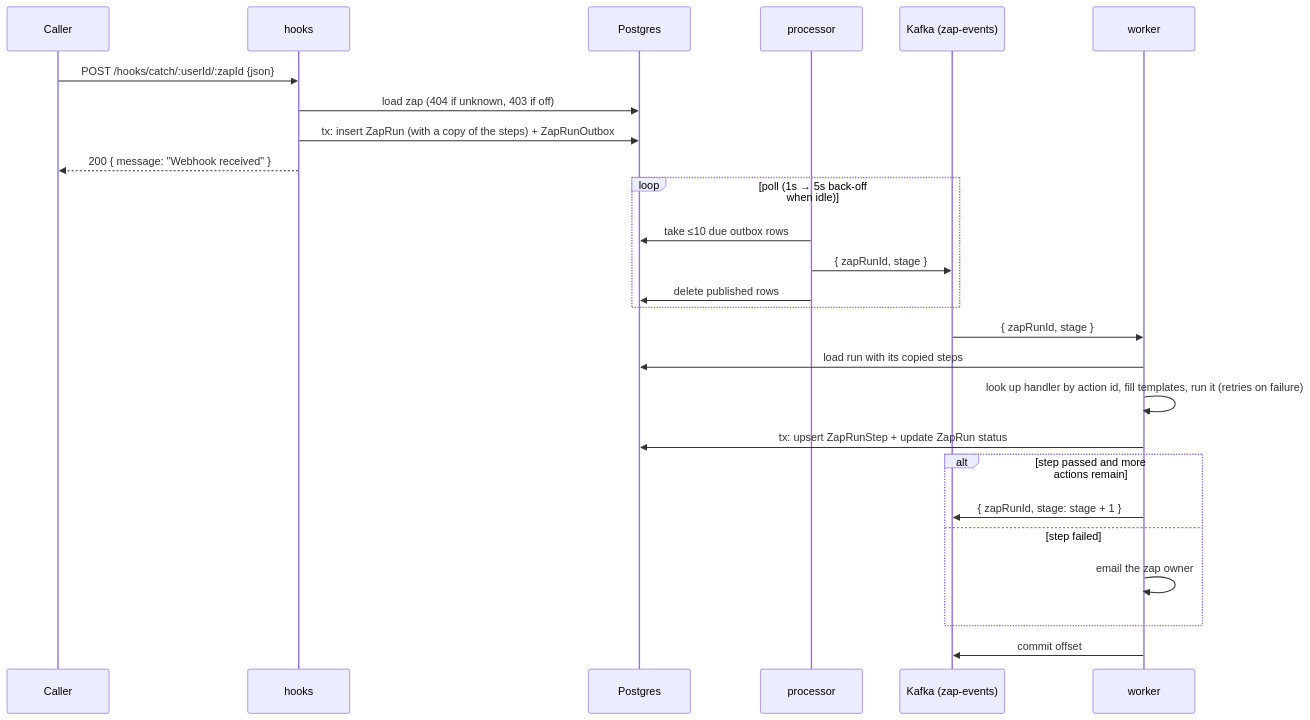
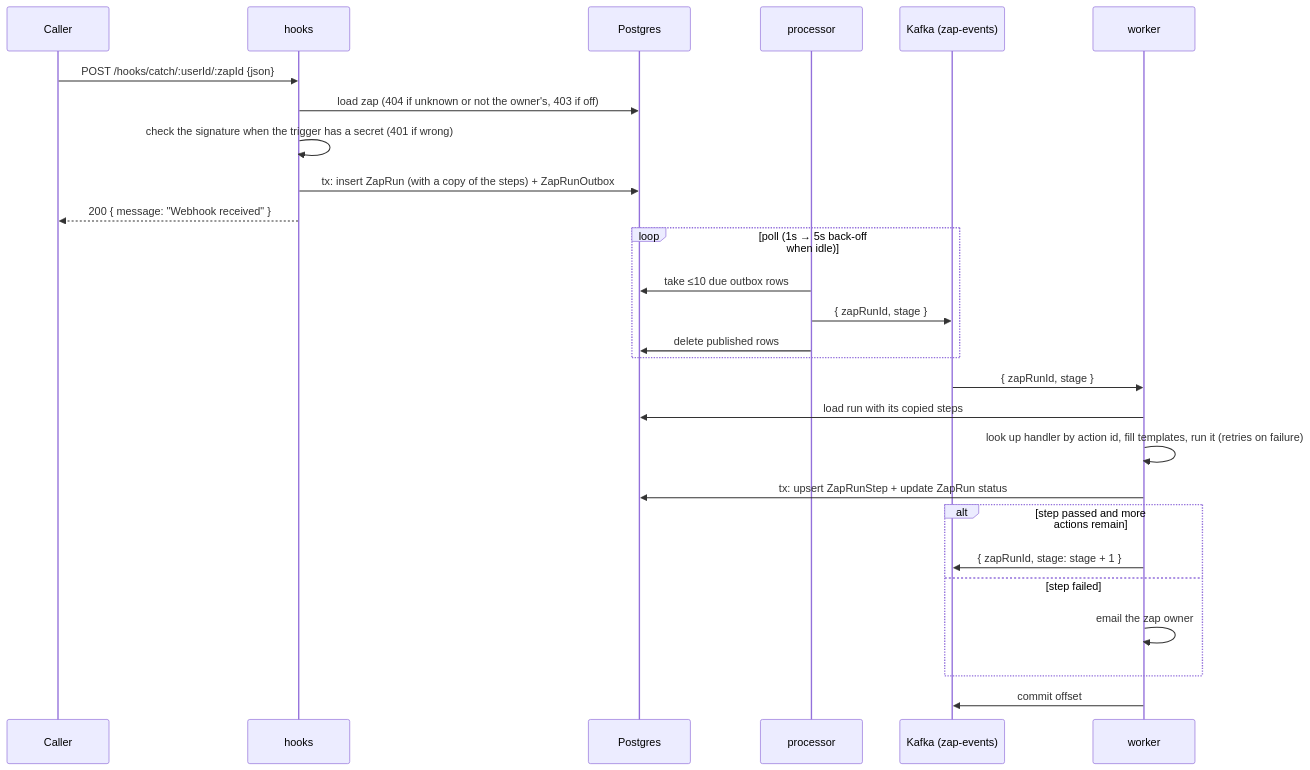
Before and after one commit to bixl007/Integrix: the third of 3 diagrams in ARCHITECTURE.md, drawn with Mermaid. The commit also changed other lines of this file and 36 other files, not shown here.

````diff
--- a/ARCHITECTURE.md
+++ b/ARCHITECTURE.md
@@ -68,28 +68,29 @@
 ```mermaid
 sequenceDiagram
   participant C as Caller
   participant H as hooks
   participant DB as Postgres
   participant P as processor
   participant K as Kafka (zap-events)
   participant W as worker
   C->>H: POST /hooks/catch/:userId/:zapId {json}
-  H->>DB: load zap (404 if unknown, 403 if off)
+  H->>DB: load zap (404 if unknown or not the owner's, 403 if off)
+  H->>H: check the signature when the trigger has a secret (401 if wrong)
   H->>DB: tx: insert ZapRun (with a copy of the steps) + ZapRunOutbox
   H-->>C: 200 { message: "Webhook received" }
   loop poll (1s → 5s back-off when idle)
     P->>DB: take ≤10 due outbox rows
     P->>K: { zapRunId, stage }
     P->>DB: delete published rows
   end
   K->>W: { zapRunId, stage }
   W->>DB: load run with its copied steps
   W->>W: look up handler by action id, fill templates, run it (retries on failure)
   W->>DB: tx: upsert ZapRunStep + update ZapRun status
   alt step passed and more actions remain
     W->>K: { zapRunId, stage: stage + 1 }
   else step failed
     W->>W: email the zap owner
   end
   W->>K: commit offset
 ```
````
